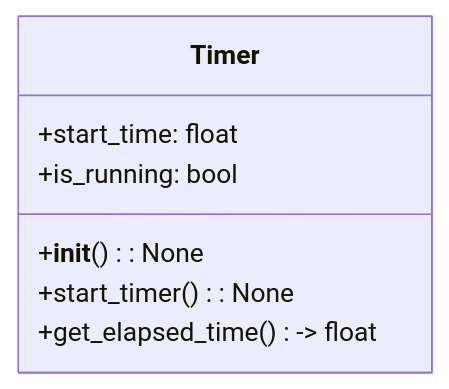
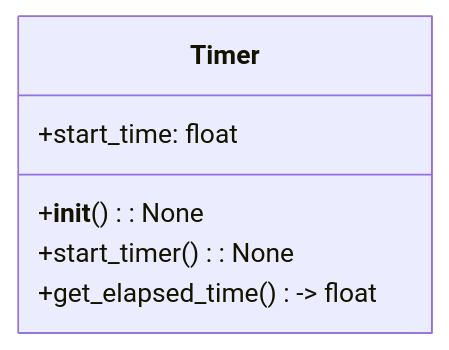
Diagram 11 of 11 in docs/class_diagrams/init.md (yu8ikmnbgt6y/chatgpt_minesweeper), drawn with Mermaid before and after one commit. The commit also changed other lines of this file and 2 other files, not shown here.

Commit message:
update class diagram

````diff
--- a/docs/class_diagrams/init.md
+++ b/docs/class_diagrams/init.md
@@ -201,11 +316,10 @@
 ```mermaid
 classDiagram
     class Timer {
         +start_time: float
-        +is_running: bool
 
         +__init__(): None
         +start_timer(): None
         +get_elapsed_time() -> float
     }
 ```
````
